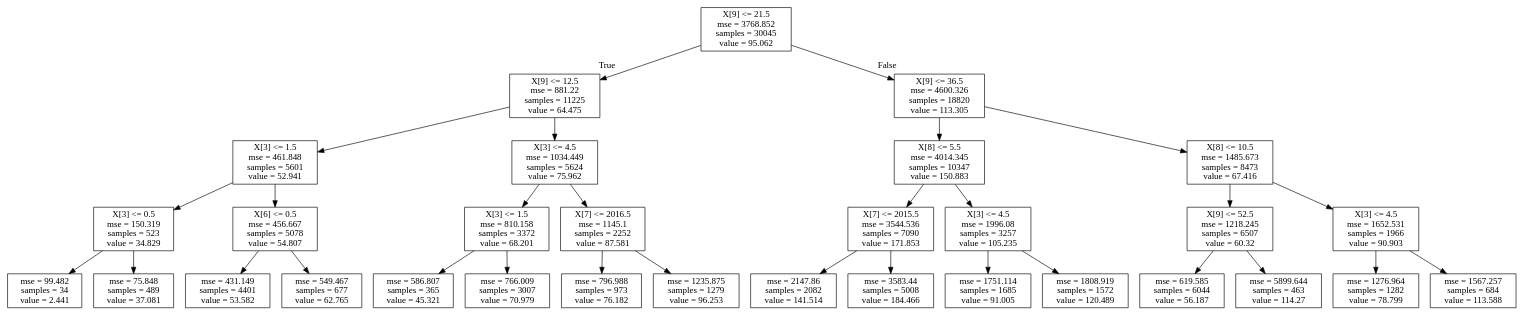
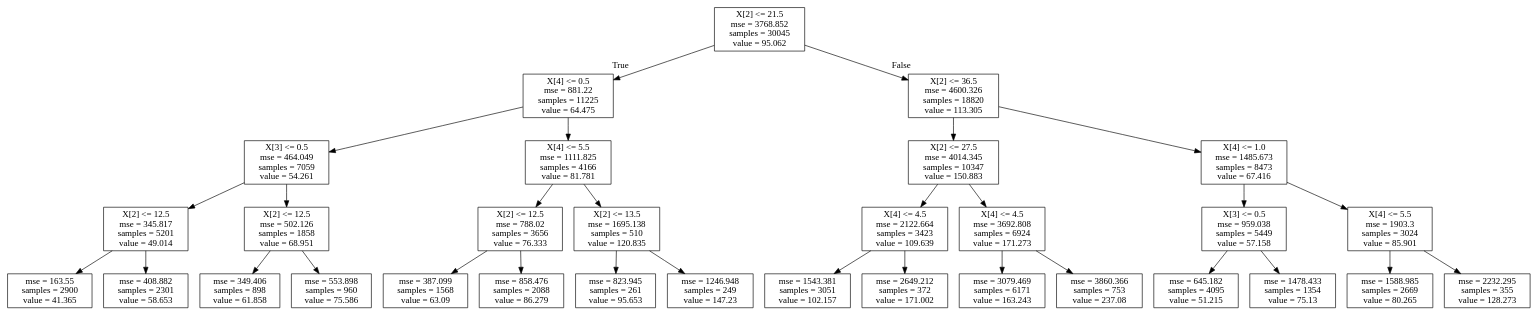
Before and after one commit to MGCodesandStats/hotel-modelling: the diagram in notebooks and datasets/tensorflow/tf-keras/tree.dot, drawn with Graphviz. The commit also changed 13 other files, not shown here.

```diff
--- a/notebooks and datasets/tensorflow/tf-keras/tree.dot
+++ b/notebooks and datasets/tensorflow/tf-keras/tree.dot
@@ -1,64 +1,64 @@
 digraph Tree {
 node [shape=box] ;
-0 [label="X[9] <= 21.5\nmse = 3768.852\nsamples = 30045\nvalue = 95.062"] ;
-1 [label="X[9] <= 12.5\nmse = 881.22\nsamples = 11225\nvalue = 64.475"] ;
+0 [label="X[2] <= 21.5\nmse = 3768.852\nsamples = 30045\nvalue = 95.062"] ;
+1 [label="X[4] <= 0.5\nmse = 881.22\nsamples = 11225\nvalue = 64.475"] ;
 0 -> 1 [labeldistance=2.5, labelangle=45, headlabel="True"] ;
-2 [label="X[3] <= 1.5\nmse = 461.848\nsamples = 5601\nvalue = 52.941"] ;
+2 [label="X[3] <= 0.5\nmse = 464.049\nsamples = 7059\nvalue = 54.261"] ;
 1 -> 2 ;
-3 [label="X[3] <= 0.5\nmse = 150.319\nsamples = 523\nvalue = 34.829"] ;
+3 [label="X[2] <= 12.5\nmse = 345.817\nsamples = 5201\nvalue = 49.014"] ;
 2 -> 3 ;
-4 [label="mse = 99.482\nsamples = 34\nvalue = 2.441"] ;
+4 [label="mse = 163.55\nsamples = 2900\nvalue = 41.365"] ;
 3 -> 4 ;
-5 [label="mse = 75.848\nsamples = 489\nvalue = 37.081"] ;
+5 [label="mse = 408.882\nsamples = 2301\nvalue = 58.653"] ;
 3 -> 5 ;
-6 [label="X[6] <= 0.5\nmse = 456.667\nsamples = 5078\nvalue = 54.807"] ;
+6 [label="X[2] <= 12.5\nmse = 502.126\nsamples = 1858\nvalue = 68.951"] ;
 2 -> 6 ;
-7 [label="mse = 431.149\nsamples = 4401\nvalue = 53.582"] ;
+7 [label="mse = 349.406\nsamples = 898\nvalue = 61.858"] ;
 6 -> 7 ;
-8 [label="mse = 549.467\nsamples = 677\nvalue = 62.765"] ;
+8 [label="mse = 553.898\nsamples = 960\nvalue = 75.586"] ;
 6 -> 8 ;
-9 [label="X[3] <= 4.5\nmse = 1034.449\nsamples = 5624\nvalue = 75.962"] ;
+9 [label="X[4] <= 5.5\nmse = 1111.825\nsamples = 4166\nvalue = 81.781"] ;
 1 -> 9 ;
-10 [label="X[3] <= 1.5\nmse = 810.158\nsamples = 3372\nvalue = 68.201"] ;
+10 [label="X[2] <= 12.5\nmse = 788.02\nsamples = 3656\nvalue = 76.333"] ;
 9 -> 10 ;
-11 [label="mse = 586.807\nsamples = 365\nvalue = 45.321"] ;
+11 [label="mse = 387.099\nsamples = 1568\nvalue = 63.09"] ;
 10 -> 11 ;
-12 [label="mse = 766.009\nsamples = 3007\nvalue = 70.979"] ;
+12 [label="mse = 858.476\nsamples = 2088\nvalue = 86.279"] ;
 10 -> 12 ;
-13 [label="X[7] <= 2016.5\nmse = 1145.1\nsamples = 2252\nvalue = 87.581"] ;
+13 [label="X[2] <= 13.5\nmse = 1695.138\nsamples = 510\nvalue = 120.835"] ;
 9 -> 13 ;
-14 [label="mse = 796.988\nsamples = 973\nvalue = 76.182"] ;
+14 [label="mse = 823.945\nsamples = 261\nvalue = 95.653"] ;
 13 -> 14 ;
-15 [label="mse = 1235.875\nsamples = 1279\nvalue = 96.253"] ;
+15 [label="mse = 1246.948\nsamples = 249\nvalue = 147.23"] ;
 13 -> 15 ;
-16 [label="X[9] <= 36.5\nmse = 4600.326\nsamples = 18820\nvalue = 113.305"] ;
+16 [label="X[2] <= 36.5\nmse = 4600.326\nsamples = 18820\nvalue = 113.305"] ;
 0 -> 16 [labeldistance=2.5, labelangle=-45, headlabel="False"] ;
-17 [label="X[8] <= 5.5\nmse = 4014.345\nsamples = 10347\nvalue = 150.883"] ;
+17 [label="X[2] <= 27.5\nmse = 4014.345\nsamples = 10347\nvalue = 150.883"] ;
 16 -> 17 ;
-18 [label="X[7] <= 2015.5\nmse = 3544.536\nsamples = 7090\nvalue = 171.853"] ;
+18 [label="X[4] <= 4.5\nmse = 2122.664\nsamples = 3423\nvalue = 109.639"] ;
 17 -> 18 ;
-19 [label="mse = 2147.86\nsamples = 2082\nvalue = 141.514"] ;
+19 [label="mse = 1543.381\nsamples = 3051\nvalue = 102.157"] ;
 18 -> 19 ;
-20 [label="mse = 3583.44\nsamples = 5008\nvalue = 184.466"] ;
+20 [label="mse = 2649.212\nsamples = 372\nvalue = 171.002"] ;
 18 -> 20 ;
-21 [label="X[3] <= 4.5\nmse = 1996.08\nsamples = 3257\nvalue = 105.235"] ;
+21 [label="X[4] <= 4.5\nmse = 3692.808\nsamples = 6924\nvalue = 171.273"] ;
 17 -> 21 ;
-22 [label="mse = 1751.114\nsamples = 1685\nvalue = 91.005"] ;
+22 [label="mse = 3079.469\nsamples = 6171\nvalue = 163.243"] ;
 21 -> 22 ;
-23 [label="mse = 1808.919\nsamples = 1572\nvalue = 120.489"] ;
+23 [label="mse = 3860.366\nsamples = 753\nvalue = 237.08"] ;
 21 -> 23 ;
-24 [label="X[8] <= 10.5\nmse = 1485.673\nsamples = 8473\nvalue = 67.416"] ;
+24 [label="X[4] <= 1.0\nmse = 1485.673\nsamples = 8473\nvalue = 67.416"] ;
 16 -> 24 ;
-25 [label="X[9] <= 52.5\nmse = 1218.245\nsamples = 6507\nvalue = 60.32"] ;
+25 [label="X[3] <= 0.5\nmse = 959.038\nsamples = 5449\nvalue = 57.158"] ;
 24 -> 25 ;
-26 [label="mse = 619.585\nsamples = 6044\nvalue = 56.187"] ;
+26 [label="mse = 645.182\nsamples = 4095\nvalue = 51.215"] ;
 25 -> 26 ;
-27 [label="mse = 5899.644\nsamples = 463\nvalue = 114.27"] ;
+27 [label="mse = 1478.433\nsamples = 1354\nvalue = 75.13"] ;
 25 -> 27 ;
-28 [label="X[3] <= 4.5\nmse = 1652.531\nsamples = 1966\nvalue = 90.903"] ;
+28 [label="X[4] <= 5.5\nmse = 1903.3\nsamples = 3024\nvalue = 85.901"] ;
 24 -> 28 ;
-29 [label="mse = 1276.964\nsamples = 1282\nvalue = 78.799"] ;
+29 [label="mse = 1588.985\nsamples = 2669\nvalue = 80.265"] ;
 28 -> 29 ;
-30 [label="mse = 1567.257\nsamples = 684\nvalue = 113.588"] ;
+30 [label="mse = 2232.295\nsamples = 355\nvalue = 128.273"] ;
 28 -> 30 ;
 }
```
